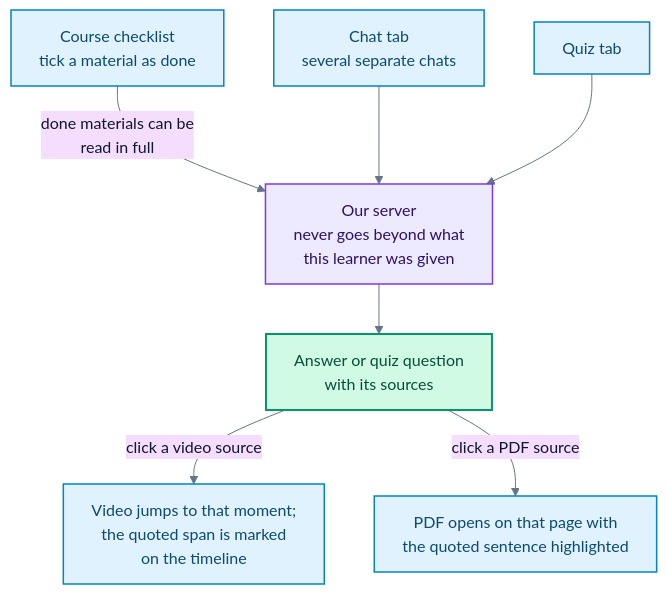
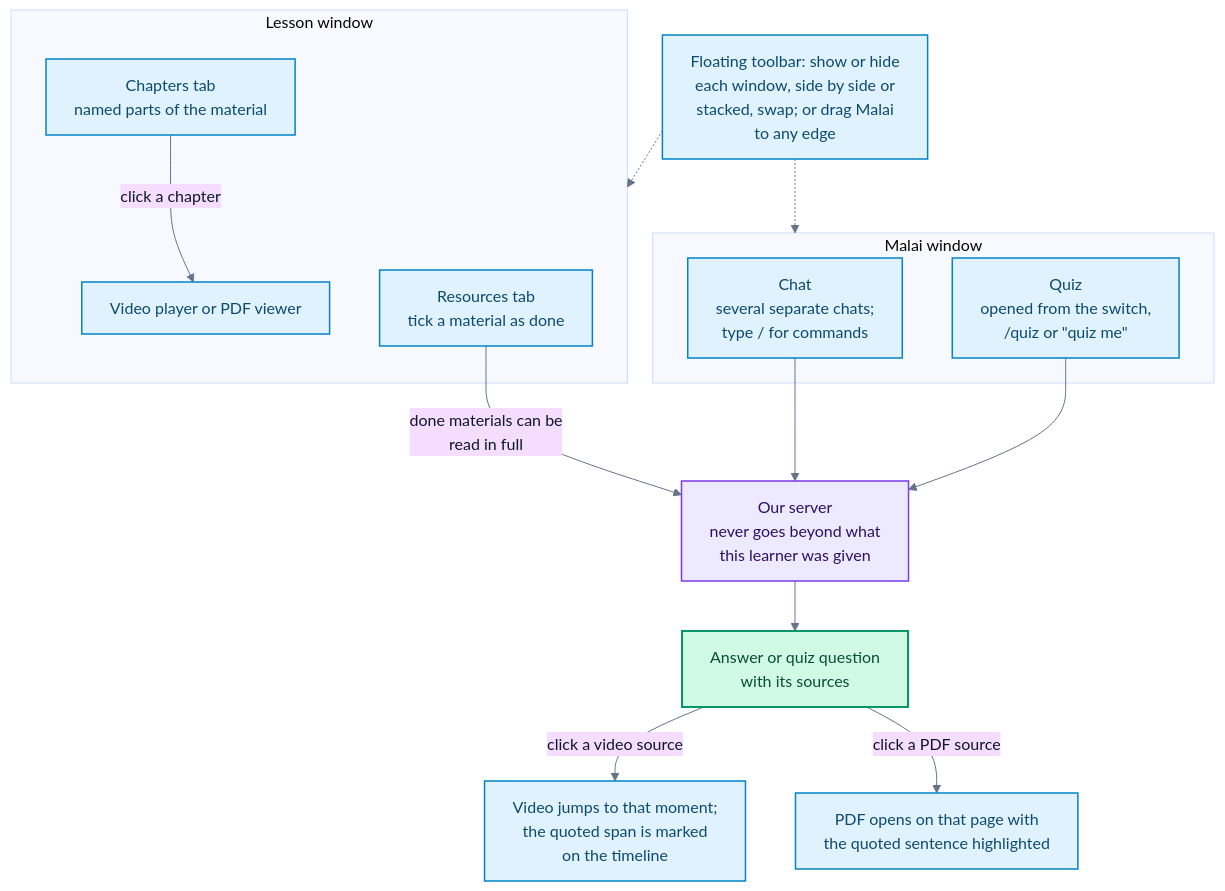
Before and after one commit to Nanu69-batman/ailearn: the diagram in submission/diagrams/src/7-lesson-page.mmd, drawn with Mermaid. The commit also changed 8 other files, not shown here.

Commit message:
docs(submission): diagrams for chapters, general and streamed answers, quizzes from any chat, the two-window lesson page

```diff
--- a/submission/diagrams/src/7-lesson-page.mmd
+++ b/submission/diagrams/src/7-lesson-page.mmd
@@ -1,19 +1,31 @@
 %%{init: {"theme": "base", "fontFamily": "Arial, Helvetica, sans-serif", "themeVariables": {"fontSize": "16px", "fontFamily": "Arial, Helvetica, sans-serif", "lineColor": "#64748b", "primaryTextColor": "#0f172a"}, "flowchart": {"curve": "basis", "padding": 14, "wrappingWidth": 340}}}%%
 flowchart TD
-  CL["Course checklist<br/>tick a material as done"]:::person
-  CH["Chat tab<br/>several separate chats"]:::person
-  QZ["Quiz tab"]:::person
-  CL -->|"done materials can be<br/>read in full"| API["Our server<br/>never goes beyond what<br/>this learner was given"]:::server
+  subgraph LESSON["Lesson window"]
+    PL["Video player or PDF viewer"]:::person
+    CHP["Chapters tab<br/>named parts of the material"]:::person
+    RES["Resources tab<br/>tick a material as done"]:::person
+  end
+
+  subgraph MALAI["Malai window"]
+    CH["Chat<br/>several separate chats;<br/>type / for commands"]:::person
+    QZ["Quiz<br/>opened from the switch,<br/>/quiz or &quot;quiz me&quot;"]:::person
+  end
+
+  TB["Floating toolbar: show or hide<br/>each window, side by side or<br/>stacked, swap; or drag Malai<br/>to any edge"]:::person -.-> LESSON
+  TB -.-> MALAI
+
+  CHP -->|"click a chapter"| PL
+  RES -->|"done materials can be<br/>read in full"| API["Our server<br/>never goes beyond what<br/>this learner was given"]:::server
   CH --> API
   QZ --> API
   API --> CIT["Answer or quiz question<br/>with its sources"]:::good
   CIT -->|"click a video source"| SEEK["Video jumps to that moment;<br/>the quoted span is marked<br/>on the timeline"]:::person
   CIT -->|"click a PDF source"| HL["PDF opens on that page with<br/>the quoted sentence highlighted"]:::person
 
   classDef person fill:#e0f2fe,stroke:#0284c7,color:#0c4a6e,stroke-width:1.5px
   classDef server fill:#ede9fe,stroke:#7c3aed,color:#2e1065,stroke-width:1.5px
   classDef ai fill:#fef3c7,stroke:#d97706,color:#78350f,stroke-width:1.5px
   classDef store fill:#dcfce7,stroke:#16a34a,color:#14532d,stroke-width:1.5px
   classDef check fill:#ffffff,stroke:#dc2626,color:#7f1d1d,stroke-width:2px
   classDef good fill:#d1fae5,stroke:#059669,color:#064e3b,stroke-width:2px
   classDef stop fill:#fee2e2,stroke:#dc2626,color:#7f1d1d,stroke-width:1.5px
```
